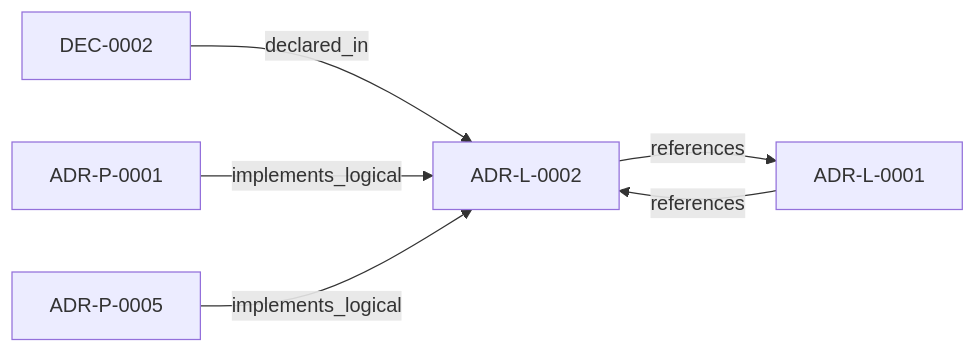
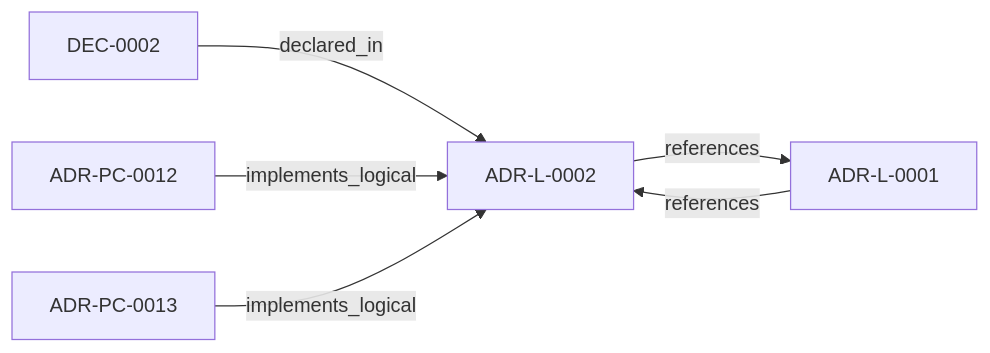
Before and after one commit to egallmann/ste-runtime: the diagram in adrs/adr-projection/logical/ADR-L-0002-recon-self-validation-strategy.md, drawn with Mermaid. The commit also changed other lines of this file and 57 other files, not shown here.

````diff
--- a/adrs/adr-projection/logical/ADR-L-0002-recon-self-validation-strategy.md
+++ b/adrs/adr-projection/logical/ADR-L-0002-recon-self-validation-strategy.md
@@ -36,13 +36,13 @@
 ```mermaid
 flowchart LR
   n_019ff84e_4ece_7378_b637_eaea5a1d3bc2["ADR-L-0002"]
   n_019ff84e_4ece_76c1_bb3e_45323e77f7ec["DEC-0002"]
   n_019ff84e_4ece_791b_822f_21f537c95340["ADR-L-0001"]
-  n_019ff84e_4ed0_79c2_843f_57944e4ec69c["ADR-P-0001"]
-  n_019ff84e_4ed0_7c04_af35_82ee16e5dc81["ADR-P-0005"]
+  n_019ff876_6dad_7d95_ad68_e13d96ed23a9["ADR-PC-0012"]
+  n_019ff876_6daf_773a_b017_7d967b7a7add["ADR-PC-0013"]
   n_019ff84e_4ece_76c1_bb3e_45323e77f7ec -->|"declared_in"| n_019ff84e_4ece_7378_b637_eaea5a1d3bc2
-  n_019ff84e_4ed0_79c2_843f_57944e4ec69c -->|"implements_logical"| n_019ff84e_4ece_7378_b637_eaea5a1d3bc2
-  n_019ff84e_4ed0_7c04_af35_82ee16e5dc81 -->|"implements_logical"| n_019ff84e_4ece_7378_b637_eaea5a1d3bc2
+  n_019ff876_6dad_7d95_ad68_e13d96ed23a9 -->|"implements_logical"| n_019ff84e_4ece_7378_b637_eaea5a1d3bc2
+  n_019ff876_6daf_773a_b017_7d967b7a7add -->|"implements_logical"| n_019ff84e_4ece_7378_b637_eaea5a1d3bc2
   n_019ff84e_4ece_7378_b637_eaea5a1d3bc2 -->|"references"| n_019ff84e_4ece_791b_822f_21f537c95340
   n_019ff84e_4ece_791b_822f_21f537c95340 -->|"references"| n_019ff84e_4ece_7378_b637_eaea5a1d3bc2
 ```
````
